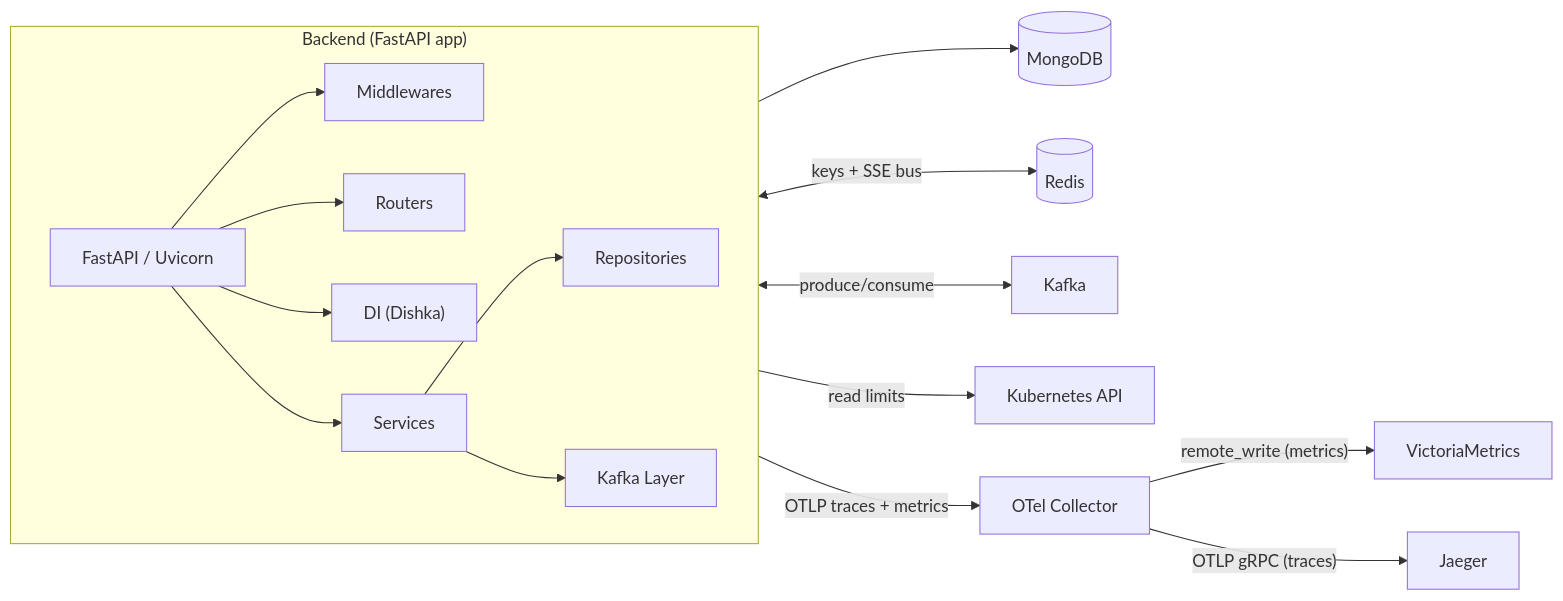
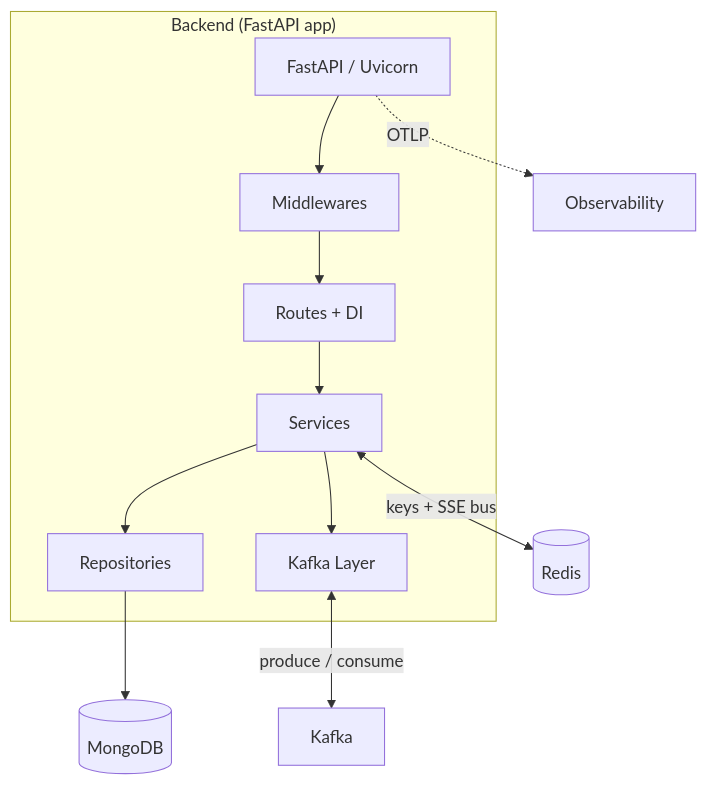
One commit to HardMax71/Integr8sCode changed the first of 4 diagrams in docs/architecture/overview.md. Above: the diagram before and after it, drawn with Mermaid. The commit also changed other lines of this file and 68 other files, not shown here.

First line of the commit message:
docs: updated (removed event bus, pdantic -> domain dataclasses, ..) (#181)

````diff
--- a/docs/architecture/overview.md
+++ b/docs/architecture/overview.md
@@ -31,41 +45,27 @@
 ```mermaid
-graph LR
-      subgraph "Backend (FastAPI app)"
-          direction LR
-          App["FastAPI / Uvicorn"]
-          Middlewares["Middlewares"]
-          Routers["Routers"]
-          DI["DI (Dishka)"]
-          Services["Services"]
-          Events["Kafka Layer"]
-          Repos["Repositories"]
-      end
+graph TD
+    subgraph "Backend (FastAPI app)"
+        App["FastAPI / Uvicorn"]
+        Middlewares["Middlewares"]
+        RoutesDI["Routes + DI"]
+        Services["Services"]
+        Repos["Repositories"]
+        Events["Kafka Layer"]
+    end
 
-          Mongo[(MongoDB)]
-          Redis[(Redis)]
-          Kafka[Kafka]
-          K8s["Kubernetes API"]
-          OTel["OTel Collector"]
-          VM["VictoriaMetrics"]
-          Jaeger["Jaeger"]
+    Mongo[(MongoDB)]
+    Redis[(Redis)]
+    Kafka[Kafka]
+    Observability["Observability"]
 
+    App --> Middlewares --> RoutesDI --> Services
+    Services --> Repos --> Mongo
+    Services --> Events <-->|"produce / consume"| Kafka
+    Services <-->|"keys + SSE bus"| Redis
+    App -.->|"OTLP"| Observability
 
-      %% App internals
-      App --> Middlewares
-      App --> Routers
-      App --> DI
-      App --> Services
-      Services --> Repos
-      Services --> Events
-
-      %% Infra edges (high level only)
-      Repos --> Mongo
-      Services <-->|"keys + SSE bus"| Redis
-      Events <-->|"produce/consume"| Kafka
-      Services -->|"read limits"| K8s
-
-      %% Telemetry edges
-      App -->|"OTLP traces + metrics"| OTel
-      OTel -->|"remote_write (metrics)"| VM
-      OTel -->|"OTLP gRPC (traces)"| Jaeger
+    click Middlewares "../middleware/" "Request processing pipeline"
+    click Services "../services-overview/" "Business logic services"
+    click Events "../kafka-topic-architecture/" "Kafka event system"
+    click Observability "../../operations/tracing/" "Distributed tracing with OpenTelemetry"
 ```
````
